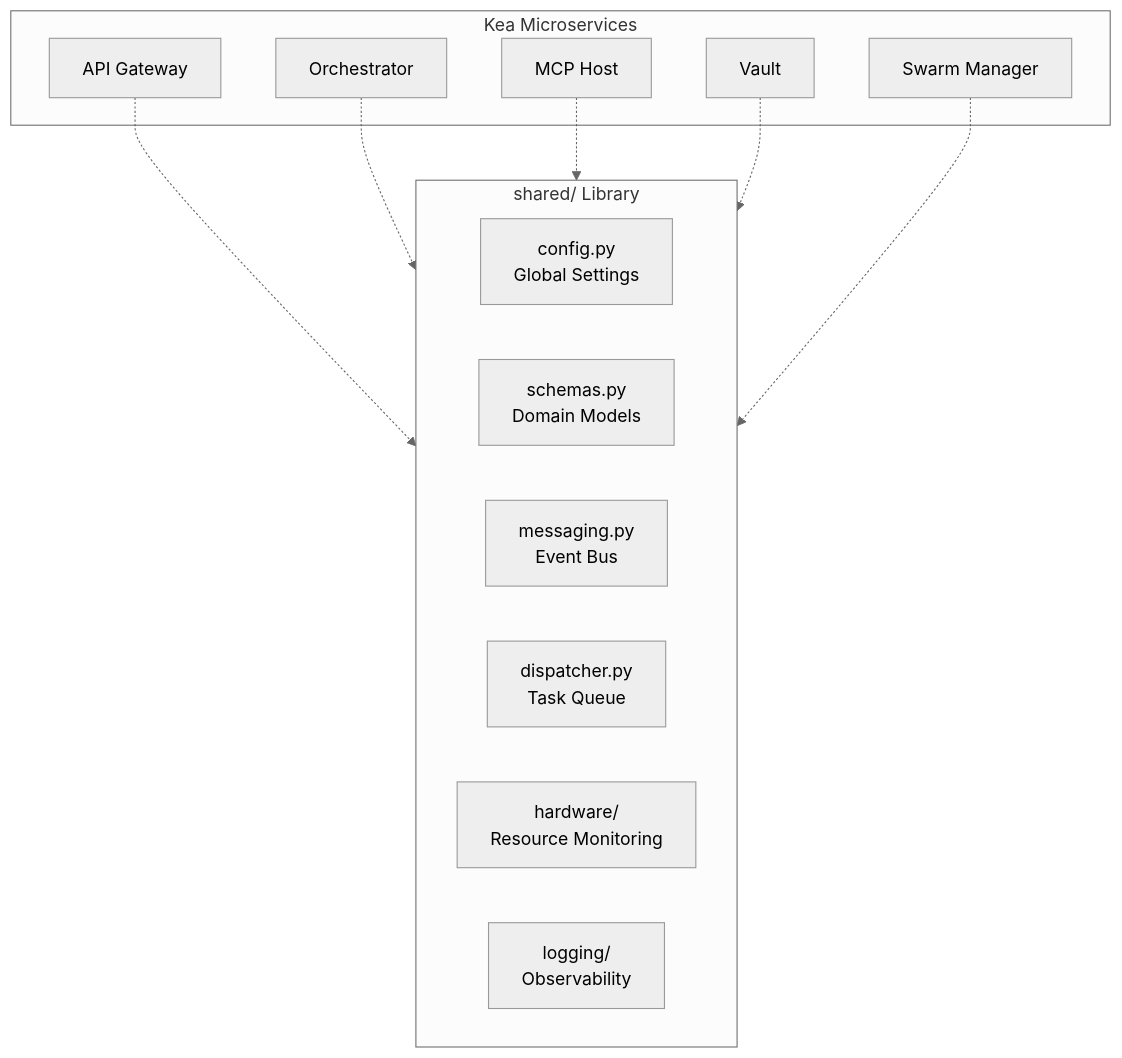
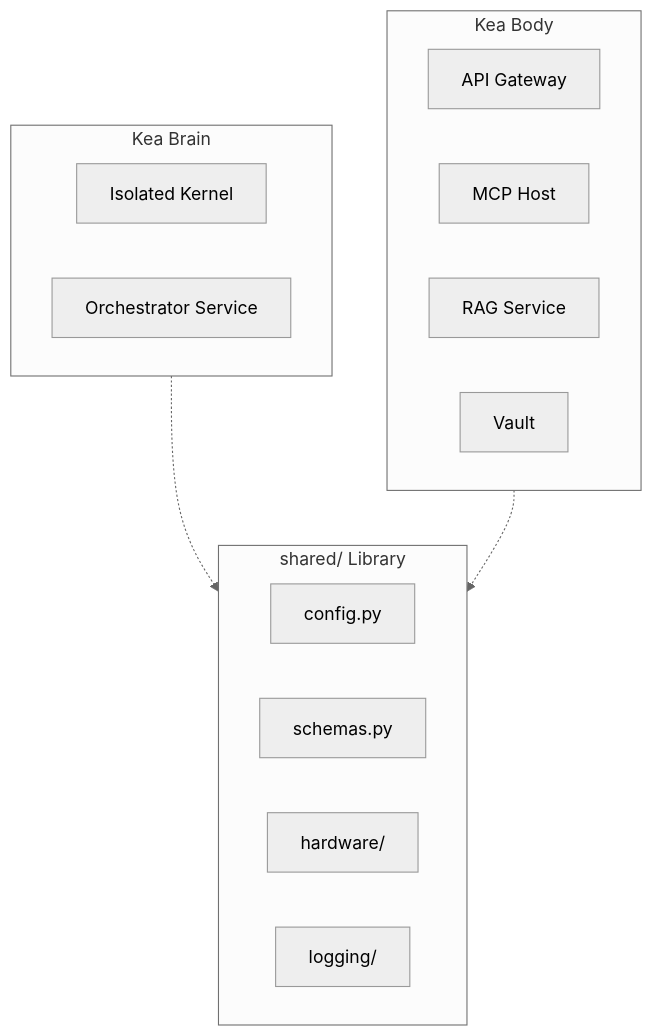
The diagram in shared/README.md (azzindani/Kea), drawn with Mermaid (neutral theme) before and after one commit. The commit also changed other lines of this file and 60 other files, not shown here.

Commit message:
feat: Establish initial project structure, core kernel modules, various services, and comprehensive documentation.

````diff
--- a/shared/README.md
+++ b/shared/README.md
@@ -19,25 +19,24 @@
 ```mermaid
 graph TD
-    subgraph Services [Kea Microservices]
+    subgraph Reasoning [Kea Brain]
+        Kernel[Isolated Kernel]
+        Orch[Orchestrator Service]
+    end
+
+    subgraph Body [Kea Body]
         Gateway[API Gateway]
-        Orch[Orchestrator]
         Host[MCP Host]
+        RAG[RAG Service]
         Vault[Vault]
-        Manager[Swarm Manager]
     end
 
     subgraph Shared [shared/ Library]
-        Config[config.py<br/>Global Settings]
-        Schemas[schemas.py<br/>Domain Models]
-        Bus[messaging.py<br/>Event Bus]
-        Dispatch[dispatcher.py<br/>Task Queue]
-        Hardware[hardware/<br/>Resource Monitoring]
-        Logging[logging/<br/>Observability]
+        Config[config.py]
+        Schemas[schemas.py]
+        Hardware[hardware/]
+        Logging[logging/]
     end
 
-    Gateway -.-> Shared
-    Orch -.-> Shared
-    Host -.-> Shared
-    Vault -.-> Shared
-    Manager -.-> Shared
+    Reasoning -.-> Shared
+    Body -.-> Shared
 ```
````
